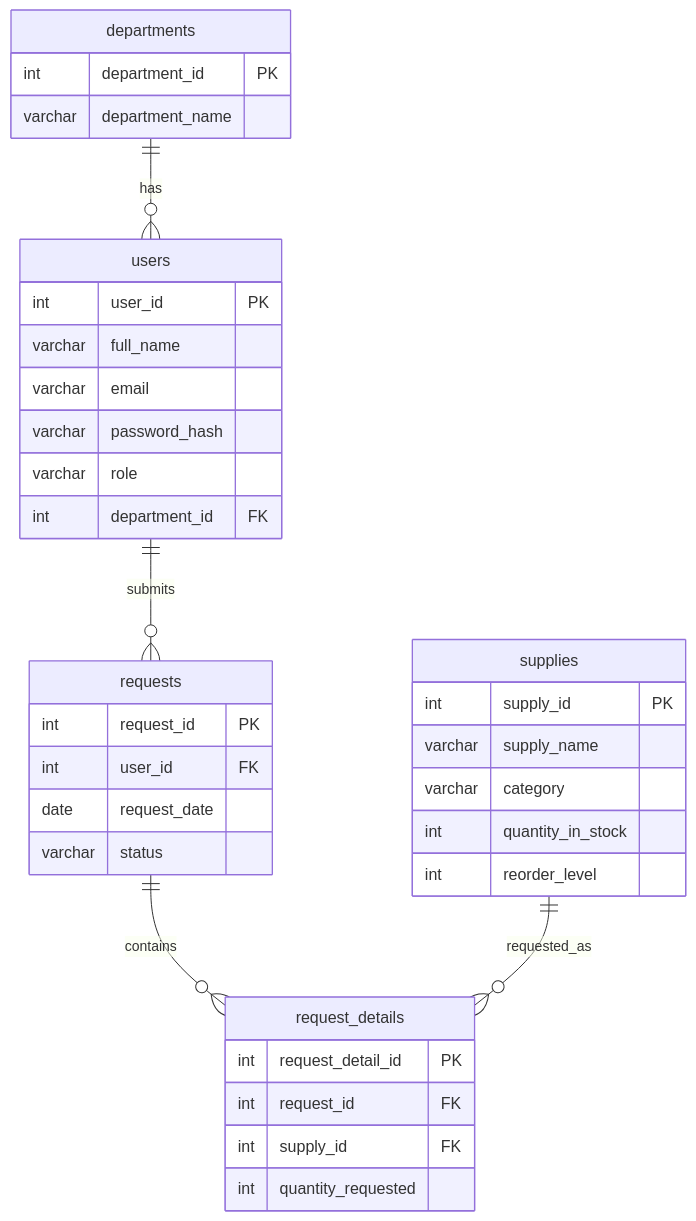
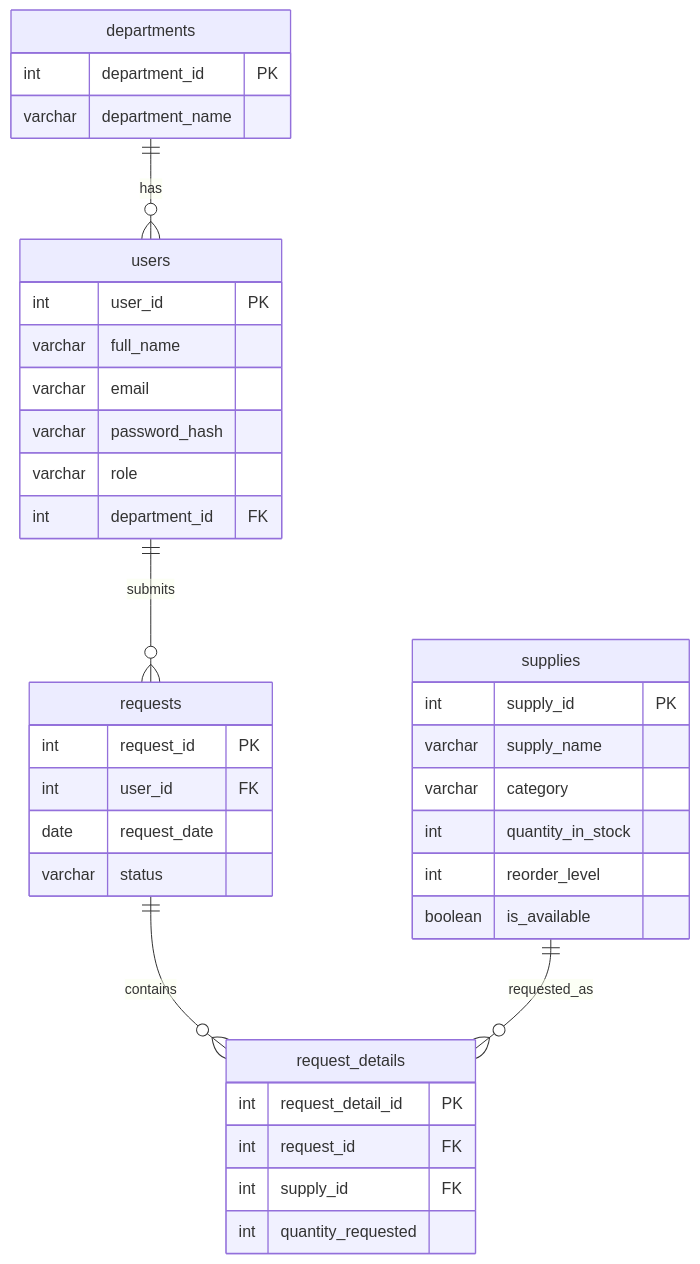
The diagram in docs/DATABASE.md (eros096/OfficeSync), drawn with Mermaid before and after one commit. The commit also changed other lines of this file and 46 other files, not shown here.

````diff
--- a/docs/DATABASE.md
+++ b/docs/DATABASE.md
@@ -87,39 +101,40 @@
 ```mermaid
 erDiagram
     departments ||--o{ users : has
     users ||--o{ requests : submits
     requests ||--o{ request_details : contains
     supplies ||--o{ request_details : requested_as
 
     departments {
         int department_id PK
         varchar department_name
     }
     users {
         int user_id PK
         varchar full_name
         varchar email
         varchar password_hash
         varchar role
         int department_id FK
     }
     supplies {
         int supply_id PK
         varchar supply_name
         varchar category
         int quantity_in_stock
         int reorder_level
+        boolean is_available
     }
     requests {
         int request_id PK
         int user_id FK
         date request_date
         varchar status
     }
     request_details {
         int request_detail_id PK
         int request_id FK
         int supply_id FK
         int quantity_requested
     }
 ```
````
